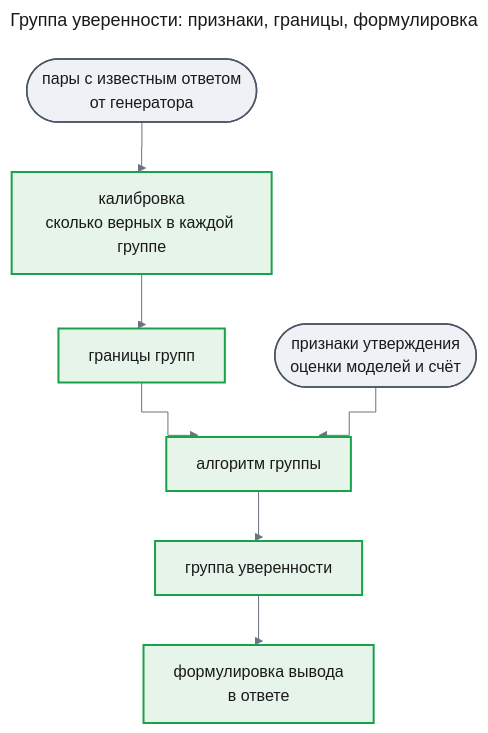
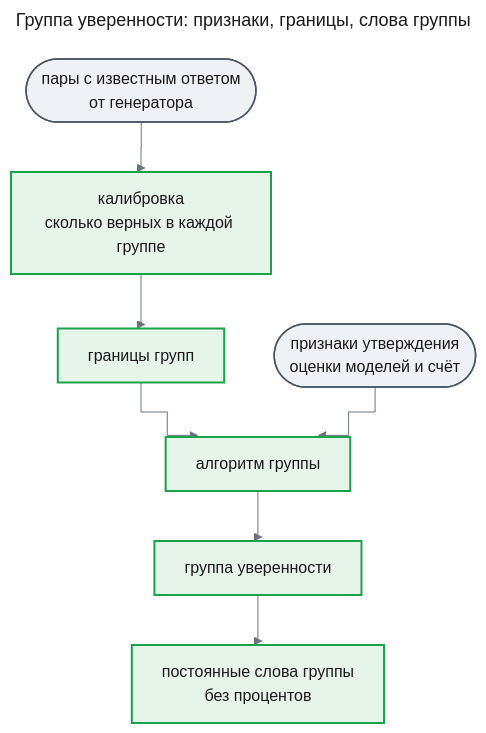
One commit to tundraray/agent-os changed the fifth of 10 diagrams in docs/features/agent-quality/prd.md. Above: the diagram before and after it, drawn with Mermaid. The commit also changed other lines of this file, not shown here.

````diff
--- a/docs/features/agent-quality/prd.md
+++ b/docs/features/agent-quality/prd.md
@@ -317,29 +317,29 @@
 ```mermaid
 ---
-title: "Группа уверенности: признаки, границы, формулировка"
+title: "Группа уверенности: признаки, границы, слова группы"
 config:
   theme: base
   look: classic
   themeVariables:
     primaryColor: "#eef1f5"
     primaryBorderColor: "#4b5563"
     primaryTextColor: "#1a1a1a"
     lineColor: "#6b7280"
   flowchart:
     curve: step
 ---
 flowchart TB
     pairs(["пары с известным ответом<br/>от генератора"])
     cal["калибровка<br/>сколько верных в каждой группе"]
     bounds["границы групп"]
     feats(["признаки утверждения<br/>оценки моделей и счёт"])
     alg["алгоритм группы"]
     grp["группа уверенности"]
-    word["формулировка вывода<br/>в ответе"]
+    word["постоянные слова группы<br/>без процентов"]
     pairs --> cal --> bounds --> alg
     feats --> alg --> grp --> word
     classDef new fill:#e6f4ea,stroke:#16a34a,stroke-width:2px,color:#1a1a1a
     classDef unchanged fill:#eef1f5,stroke:#4b5563,stroke-width:1.5px,color:#1a1a1a
     class cal,bounds,alg,grp,word new
     class pairs,feats unchanged
 ```
````
